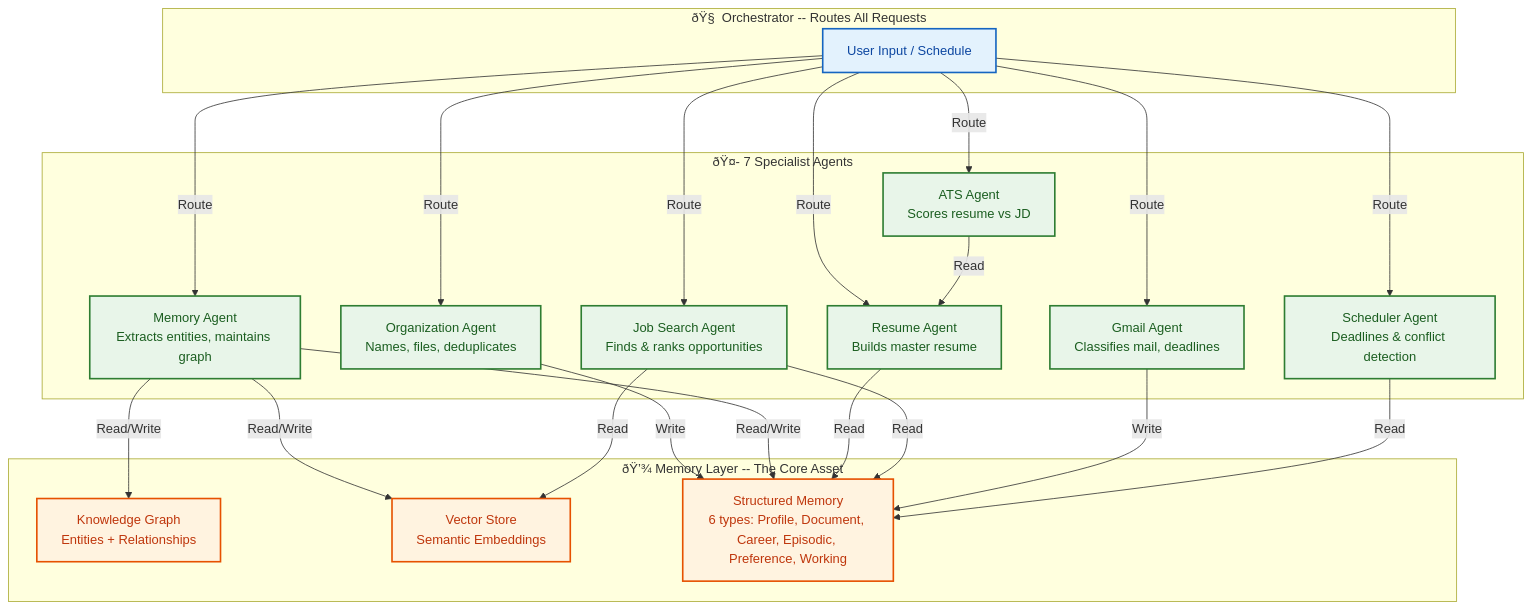
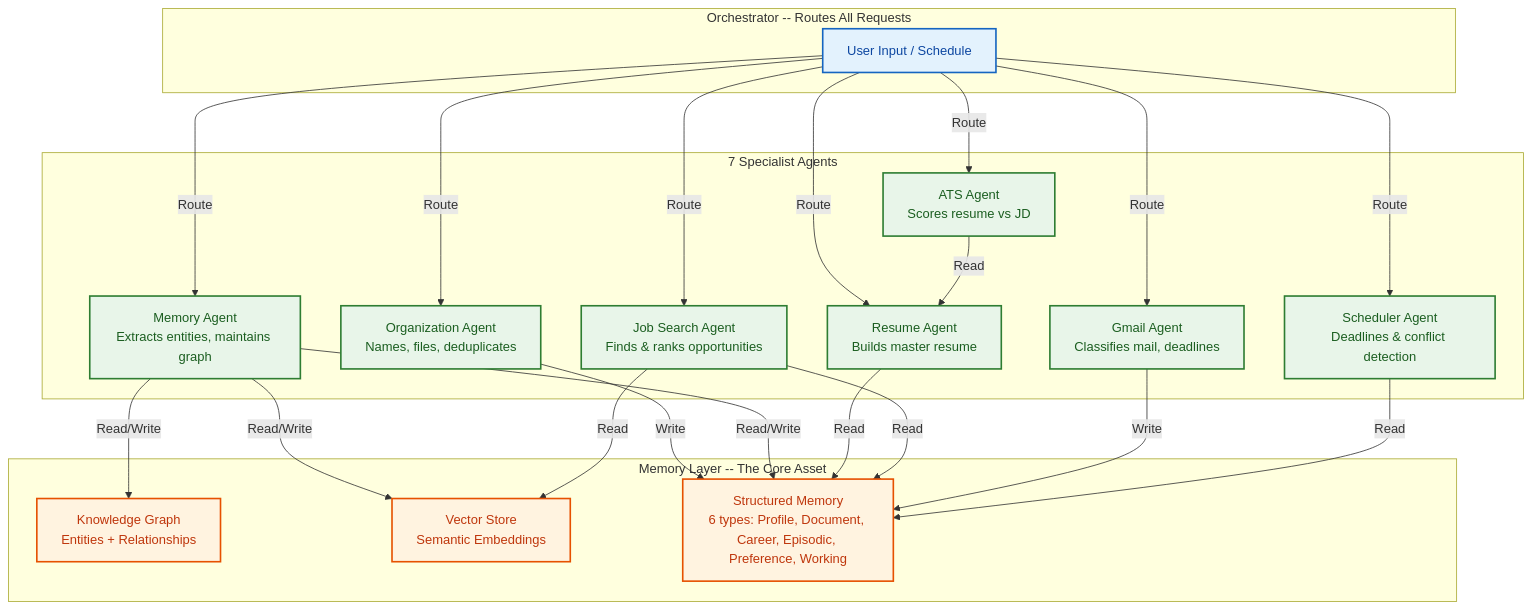
Before and after one commit to Driftloom/Vaeloom: the diagram in docs/01-vaeloom-mvp-spec.md, drawn with Mermaid. The commit also changed other lines of this file and 694 other files, not shown here.

First line of the commit message:
docs: mermaid standardization — encoding/mermaid/duplicate cleanup

````diff
--- a/docs/01-vaeloom-mvp-spec.md
+++ b/docs/01-vaeloom-mvp-spec.md
@@ -26,49 +26,49 @@
 ```mermaid
 graph TD
-    subgraph Orchestrator["ðŸ§  Orchestrator -- Routes All Requests"]
-        O["User Input / Schedule"]
-    end
+ subgraph Orchestrator["Orchestrator -- Routes All Requests"]
+ O["User Input / Schedule"]
+ end
 
-    subgraph SpecialistAgents["ðŸ¤- 7 Specialist Agents"]
-        OA["Organization Agent<br/>Names, files, deduplicates"]
-        MA["Memory Agent<br/>Extracts entities, maintains graph"]
-        RA["Resume Agent<br/>Builds master resume"]
-        ATS["ATS Agent<br/>Scores resume vs JD"]
-        JS["Job Search Agent<br/>Finds & ranks opportunities"]
-        GA["Gmail Agent<br/>Classifies mail, deadlines"]
-        SA["Scheduler Agent<br/>Deadlines & conflict detection"]
-    end
+ subgraph SpecialistAgents["7 Specialist Agents"]
+ OA["Organization Agent<br/>Names, files, deduplicates"]
+ MA["Memory Agent<br/>Extracts entities, maintains graph"]
+ RA["Resume Agent<br/>Builds master resume"]
+ ATS["ATS Agent<br/>Scores resume vs JD"]
+ JS["Job Search Agent<br/>Finds & ranks opportunities"]
+ GA["Gmail Agent<br/>Classifies mail, deadlines"]
+ SA["Scheduler Agent<br/>Deadlines & conflict detection"]
+ end
 
-    subgraph Memory["ðŸ’¾ Memory Layer -- The Core Asset"]
-        KG["Knowledge Graph<br/>Entities + Relationships"]
-        VS["Vector Store<br/>Semantic Embeddings"]
-        SM["Structured Memory<br/>6 types: Profile, Document, Career, Episodic, Preference, Working"]
-    end
+ subgraph Memory["Memory Layer -- The Core Asset"]
+ KG["Knowledge Graph<br/>Entities + Relationships"]
+ VS["Vector Store<br/>Semantic Embeddings"]
+ SM["Structured Memory<br/>6 types: Profile, Document, Career, Episodic, Preference, Working"]
+ end
 
-    O -->|Route| OA
-    O -->|Route| MA
-    O -->|Route| RA
-    O -->|Route| ATS
-    O -->|Route| JS
-    O -->|Route| GA
-    O -->|Route| SA
+ O-->|Route| OA
+ O-->|Route| MA
+ O-->|Route| RA
+ O-->|Route| ATS
+ O-->|Route| JS
+ O-->|Route| GA
+ O-->|Route| SA
 
-    OA -->|Write| SM
-    MA -->|Read/Write| KG
-    MA -->|Read/Write| VS
-    MA -->|Read/Write| SM
-    RA -->|Read| SM
-    ATS -->|Read| RA
-    JS -->|Read| SM
-    JS -->|Read| VS
-    GA -->|Write| SM
-    SA -->|Read| SM
+ OA-->|Write| SM
+ MA-->|Read/Write| KG
+ MA-->|Read/Write| VS
+ MA-->|Read/Write| SM
+ RA-->|Read| SM
+ ATS-->|Read| RA
+ JS-->|Read| SM
+ JS-->|Read| VS
+ GA-->|Write| SM
+ SA-->|Read| SM
 
-    classDef orchestrator fill:#e3f2fd,stroke:#1565c0,stroke-width:2px,color:#0d47a1
-    classDef agent fill:#e8f5e9,stroke:#2e7d32,stroke-width:2px,color:#1b5e20
-    classDef memory fill:#fff3e0,stroke:#e65100,stroke-width:2px,color:#bf360c
+ classDef orchestrator fill:#e3f2fd,stroke:#1565c0,stroke-width:2px,color:#0d47a1
+ classDef agent fill:#e8f5e9,stroke:#2e7d32,stroke-width:2px,color:#1b5e20
+ classDef memory fill:#fff3e0,stroke:#e65100,stroke-width:2px,color:#bf360c
 
-    class O orchestrator
-    class OA,MA,RA,ATS,JS,GA,SA agent
-    class KG,VS,SM memory
+ class O orchestrator
+ class OA,MA,RA,ATS,JS,GA,SA agent
+ class KG,VS,SM memory
 ```
````
